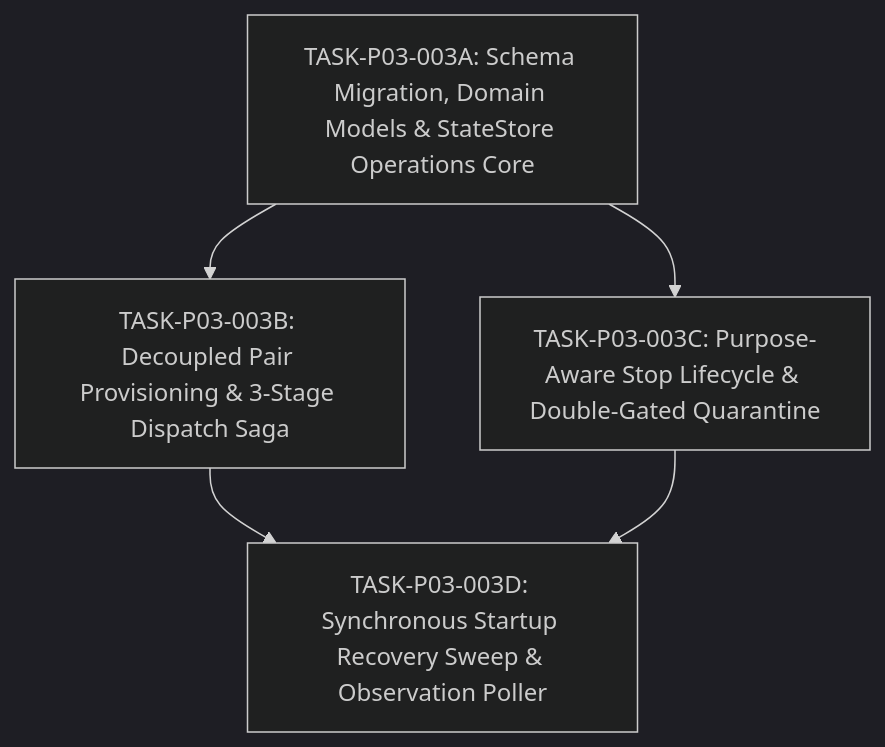
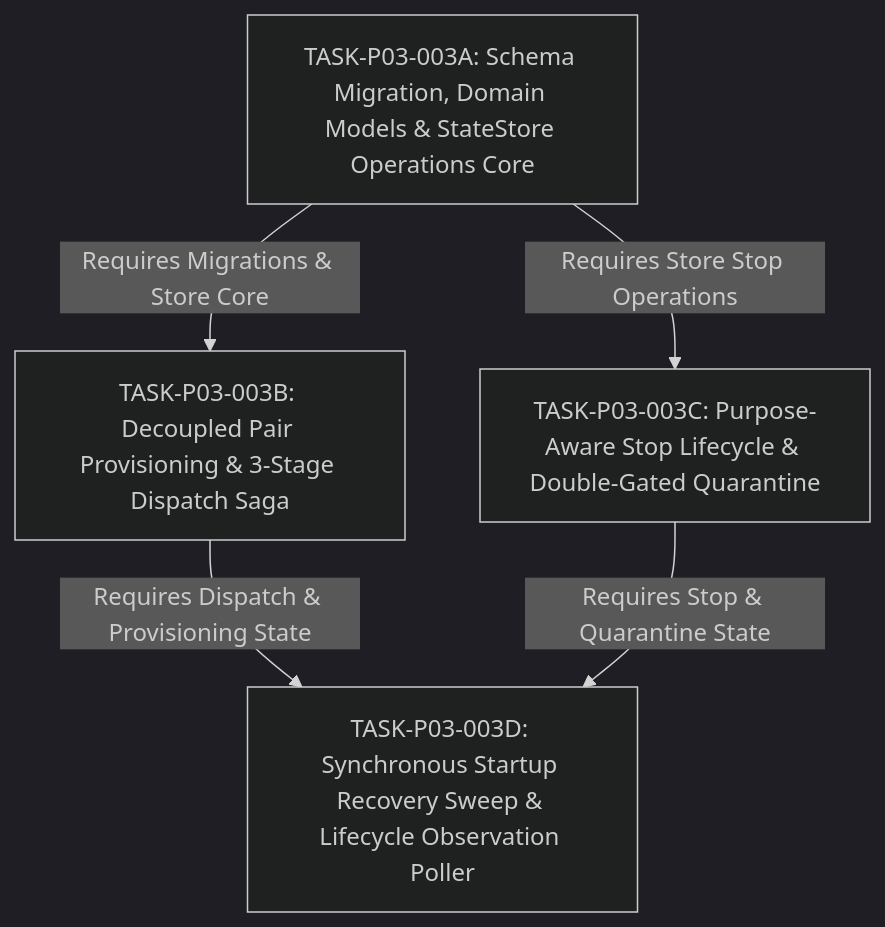
Before and after one commit to trungqwe/ai-supervisor: the diagram in docs/tasks/DRAFT_TASK_CONTRACT_P03_003.md, drawn with Mermaid (dark theme). The commit also changed other lines of this file and 3 other files, not shown here.

````diff
--- a/docs/tasks/DRAFT_TASK_CONTRACT_P03_003.md
+++ b/docs/tasks/DRAFT_TASK_CONTRACT_P03_003.md
@@ -235,12 +38,12 @@
 ```mermaid
 graph TD
     SubA["TASK-P03-003A: Schema Migration, Domain Models & StateStore Operations Core"]
     SubB["TASK-P03-003B: Decoupled Pair Provisioning & 3-Stage Dispatch Saga"]
     SubC["TASK-P03-003C: Purpose-Aware Stop Lifecycle & Double-Gated Quarantine"]
-    SubD["TASK-P03-003D: Synchronous Startup Recovery Sweep & Observation Poller"]
+    SubD["TASK-P03-003D: Synchronous Startup Recovery Sweep & Lifecycle Observation Poller"]
 
-    SubA --> SubB
-    SubA --> SubC
-    SubB --> SubD
-    SubC --> SubD
+    SubA -->|Requires Migrations & Store Core| SubB
+    SubA -->|Requires Store Stop Operations| SubC
+    SubB -->|Requires Dispatch & Provisioning State| SubD
+    SubC -->|Requires Stop & Quarantine State| SubD
 ```
````
